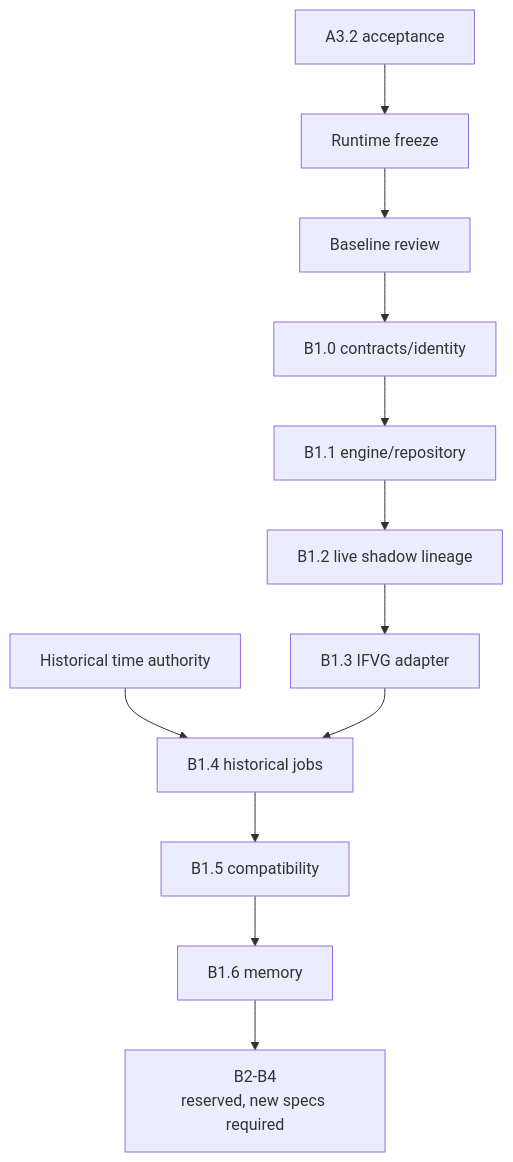
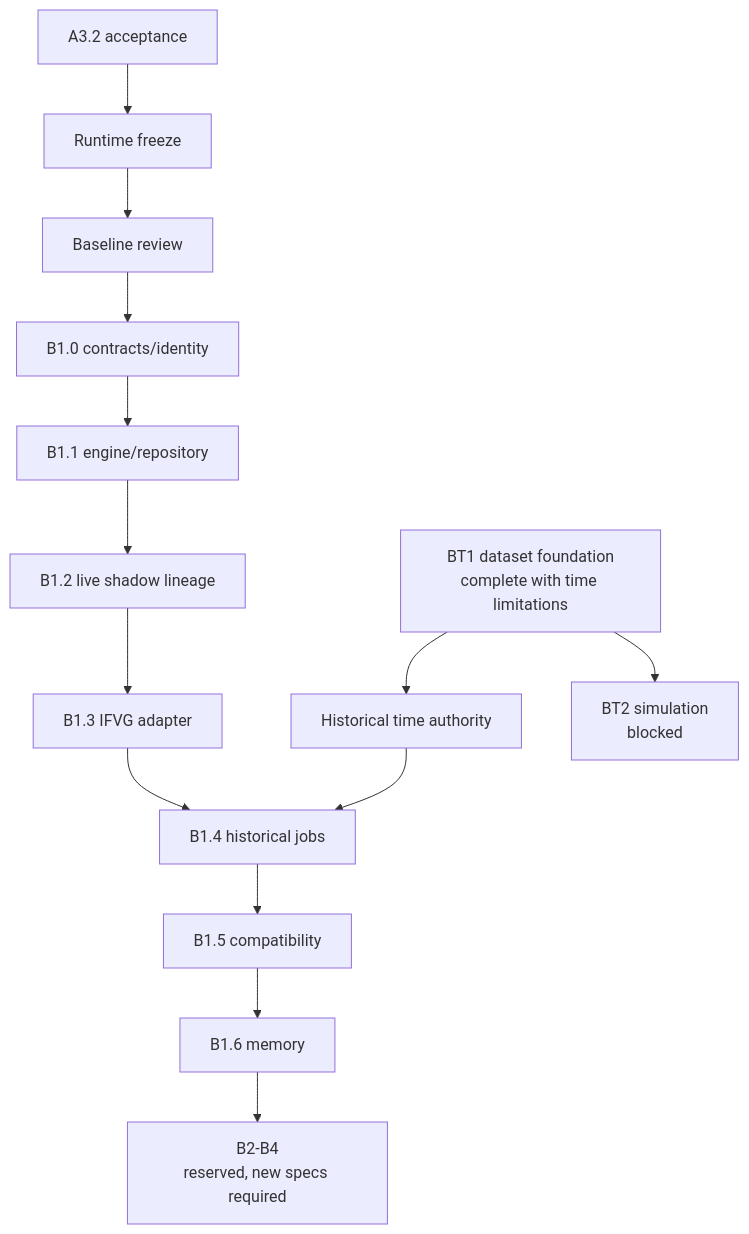
One commit to andreduval-png/gotrader-lab changed the second of 2 diagrams in docs/gotrader-runtime/architecture-roadmap.md. Above: the diagram before and after it, drawn with Mermaid. The commit also changed other lines of this file and 2 other files, not shown here.

Commit message:
Index accepted BT1 dataset foundation

````diff
--- a/docs/gotrader-runtime/architecture-roadmap.md
+++ b/docs/gotrader-runtime/architecture-roadmap.md
@@ -224,18 +252,22 @@
 ```mermaid
 flowchart TD
   A32["A3.2 acceptance"]
   RF["Runtime freeze"]
   BR["Baseline review"]
   B10["B1.0 contracts/identity"]
   B11["B1.1 engine/repository"]
   B12["B1.2 live shadow lineage"]
   B13["B1.3 IFVG adapter"]
   HT["Historical time authority"]
   B14["B1.4 historical jobs"]
   B15["B1.5 compatibility"]
   B16["B1.6 memory"]
+  BT1["BT1 dataset foundation<br/>complete with time limitations"]
+  BT2["BT2 simulation<br/>blocked"]
   FUT["B2-B4<br/>reserved, new specs required"]
   A32 --> RF --> BR --> B10 --> B11 --> B12 --> B13
   HT --> B14
+  BT1 --> HT
+  BT1 --> BT2
   B13 --> B14 --> B15 --> B16 --> FUT
 ```
````
